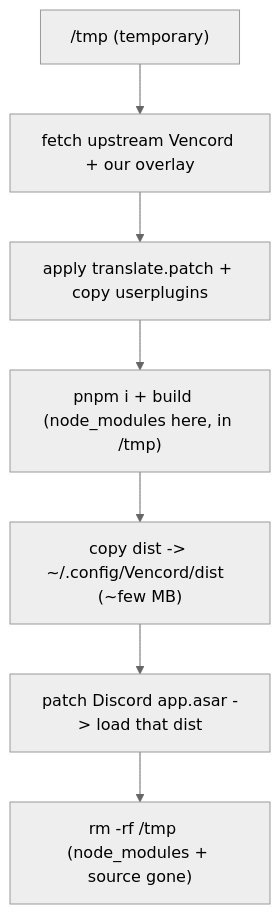
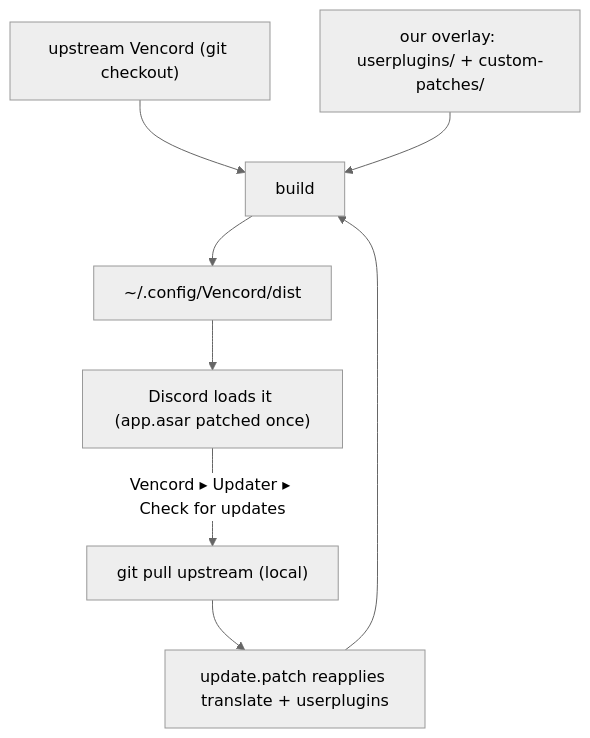
The diagram in .github/README.md (DarkPhilosophy/v), drawn with Mermaid (neutral theme) before and after one commit. The commit also changed other lines of this file and 2 other files, not shown here.

First line of the commit message:
integrated model: update.patch (reapply overlay + Updater note), install into ~/.config/Vencord

````diff
--- a/.github/README.md
+++ b/.github/README.md
@@ -23,9 +24,10 @@
 ```mermaid
 graph TD
-  T["/tmp (temporary)"] --> C["fetch upstream Vencord + our overlay"]
-  C --> P["apply translate.patch + copy userplugins"]
-  P --> B["pnpm i + build   (node_modules here, in /tmp)"]
-  B --> D["copy dist -> ~/.config/Vencord/dist  (~few MB)"]
-  D --> A["patch Discord app.asar -> load that dist"]
-  A --> X["rm -rf /tmp   (node_modules + source gone)"]
+  X["upstream Vencord (git checkout)"] --> B["build"]
+  Y["our overlay: userplugins/ + custom-patches/"] --> B
+  B --> D["~/.config/Vencord/dist"]
+  D --> DC["Discord loads it (app.asar patched once)"]
+  DC -->|"Vencord ▸ Updater ▸ Check for updates"| GP["git pull upstream (local)"]
+  GP --> RA["update.patch reapplies translate + userplugins"]
+  RA --> B
 ```
````
